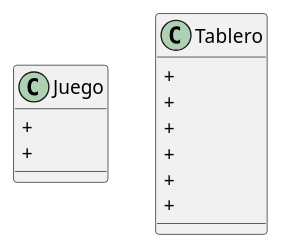
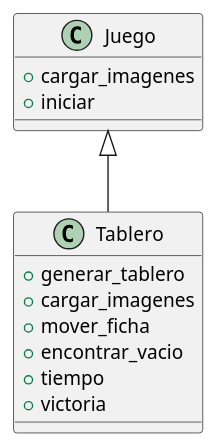
The diagram in diagrama.plantuml (juanx199/newPuzzle), drawn with PlantUML before and after one commit.

Commit message:
Creo que debí crear otro archivo llamado cuadro.py pero ya es tarde y tengo sueño, el diagrama lo haré mañana, a momis

```diff
--- a/diagrama.plantuml
+++ b/diagrama.plantuml
@@ -1,18 +1,21 @@
 @startuml
 
 class Juego{
-    +
-    +
+    + cargar_imagenes
+    + iniciar
 }
 
 class Tablero{
-    +
-    +
-    +
-    +
-    +
-    +
+    + generar_tablero
+    + cargar_imagenes
+    + mover_ficha
+    + encontrar_vacio
+    + tiempo
+    + victoria
 }
+
+Juego <|-- Tablero
+
 
 
 @enduml
```
